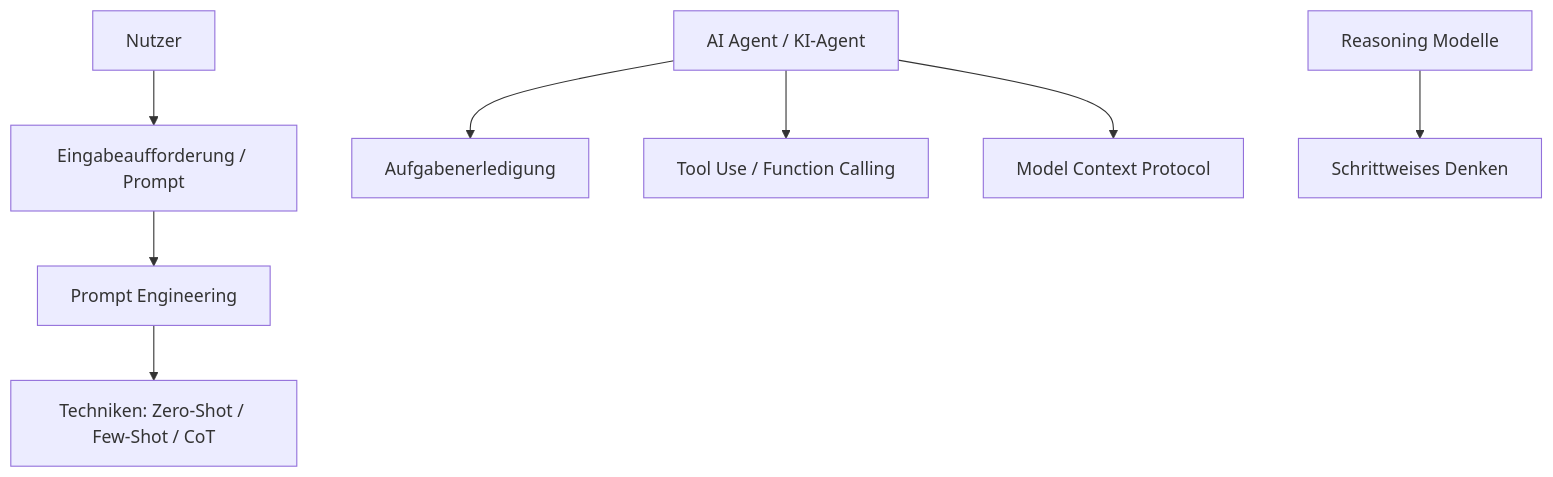
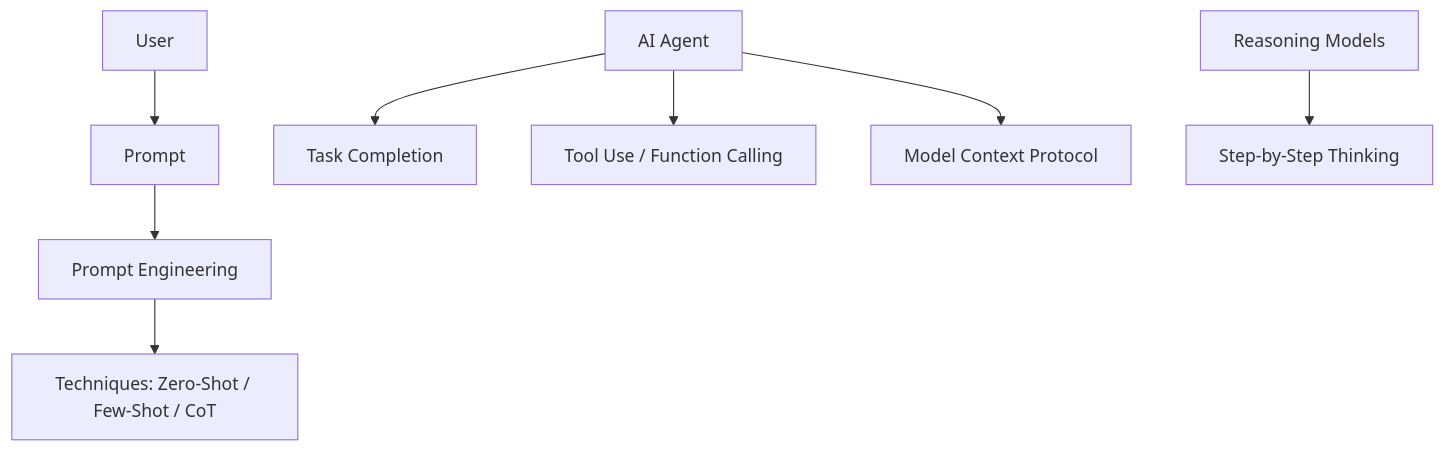
One commit to roger-infanger-weibel/ghostwriter.ai changed the fourth of 19 diagrams in glossary/rendered/AI-Glossary.md. Above: the diagram before and after it, drawn with Mermaid. The commit also changed other lines of this file and 24 other files, not shown here.

````diff
--- a/glossary/rendered/AI-Glossary.md
+++ b/glossary/rendered/AI-Glossary.md
@@ -124,13 +124,13 @@
 ```mermaid
 graph TD
-    User[Nutzer] --> Prompt[Eingabeaufforderung / Prompt]
+    User[User] --> Prompt[Prompt]
     Prompt --> PE[Prompt Engineering]
-    
-    PE --> Tech[Techniken: Zero-Shot / Few-Shot / CoT]
-    
-    Agent[AI Agent / KI-Agent] --> Task[Aufgabenerledigung]
+
+    PE --> Tech[Techniques: Zero-Shot / Few-Shot / CoT]
+
+    Agent[AI Agent] --> Task[Task Completion]
     Agent --> Tools[Tool Use / Function Calling]
     Agent --> MCP[Model Context Protocol]
-    
-    Reason[Reasoning Modelle] --> Think[Schrittweises Denken]
+
+    Reason[Reasoning Models] --> Think[Step-by-Step Thinking]
 ```
````
